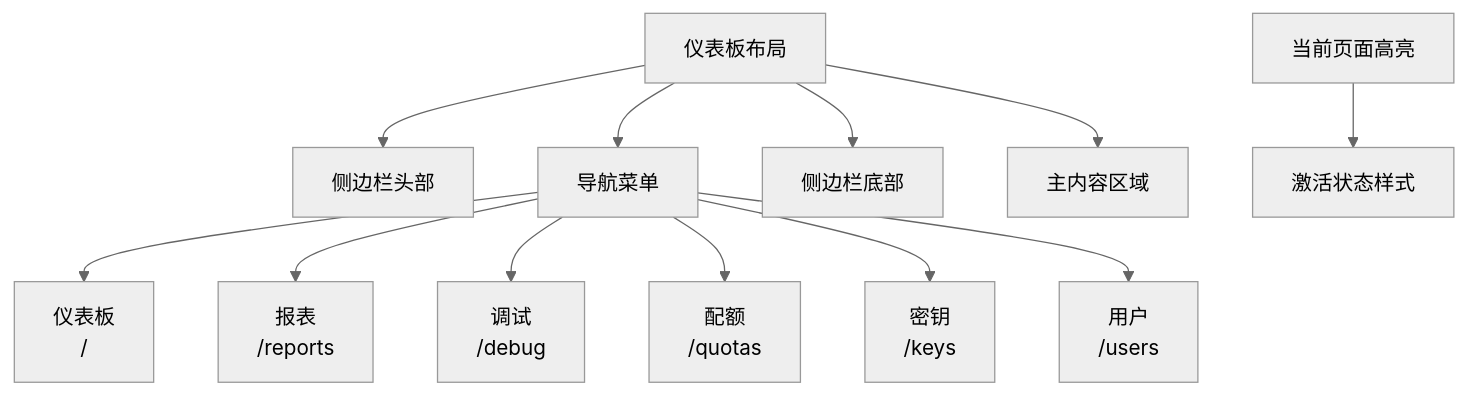
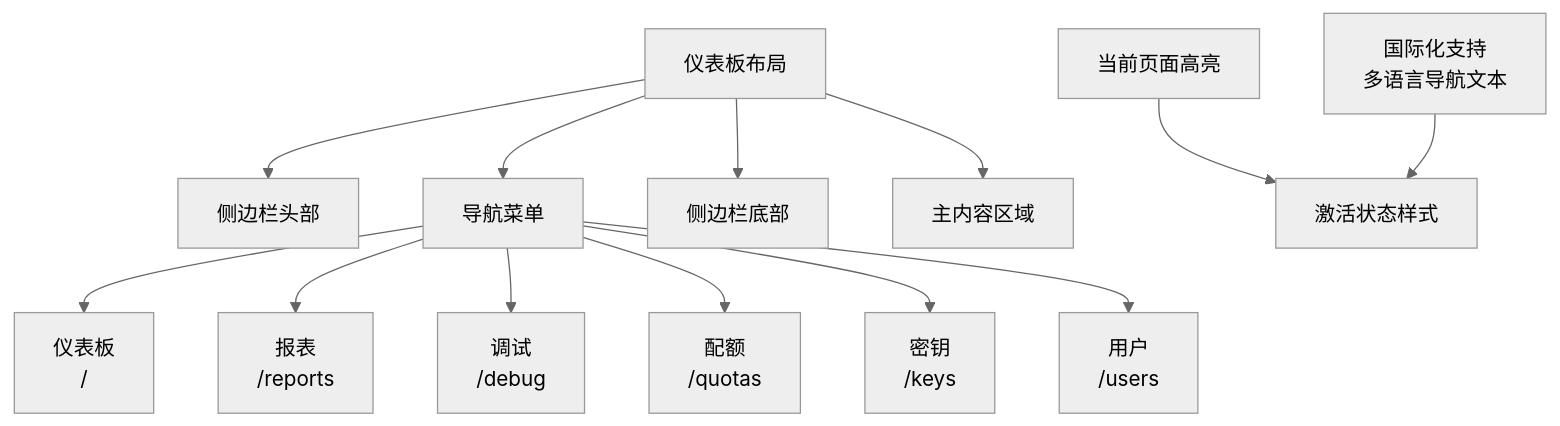
One commit to RadiumAg/AIGate changed the sixth of 15 diagrams in .qoder/repowiki/zh/content/监控与分析/仪表板组件.md. Above: the diagram before and after it, drawn with Mermaid (neutral theme). The commit also changed other lines of this file and 3 other files, not shown here.

````diff
--- a/.qoder/repowiki/zh/content/监控与分析/仪表板组件.md
+++ b/.qoder/repowiki/zh/content/监控与分析/仪表板组件.md
@@ -262,14 +334,15 @@
 ```mermaid
 flowchart TD
 Layout["仪表板布局"] --> Header["侧边栏头部"]
 Layout --> Nav["导航菜单"]
 Layout --> Footer["侧边栏底部"]
 Layout --> Main["主内容区域"]
 Nav --> Dashboard["仪表板<br/>/"]
 Nav --> Reports["报表<br/>/reports"]
 Nav --> Debug["调试<br/>/debug"]
 Nav --> Quotas["配额<br/>/quotas"]
 Nav --> Keys["密钥<br/>/keys"]
 Nav --> Users["用户<br/>/users"]
 CurrentPage["当前页面高亮"] --> Active["激活状态样式"]
+I18nSupport["国际化支持<br/>多语言导航文本"] --> Active
 ```
````
